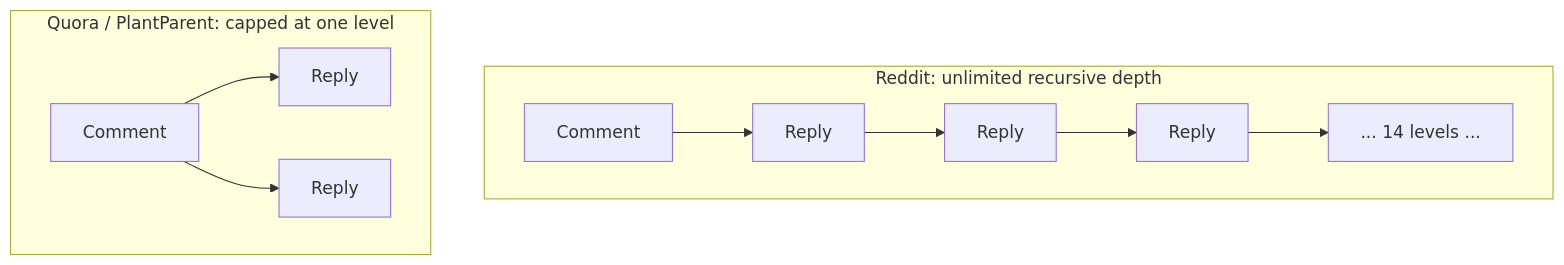
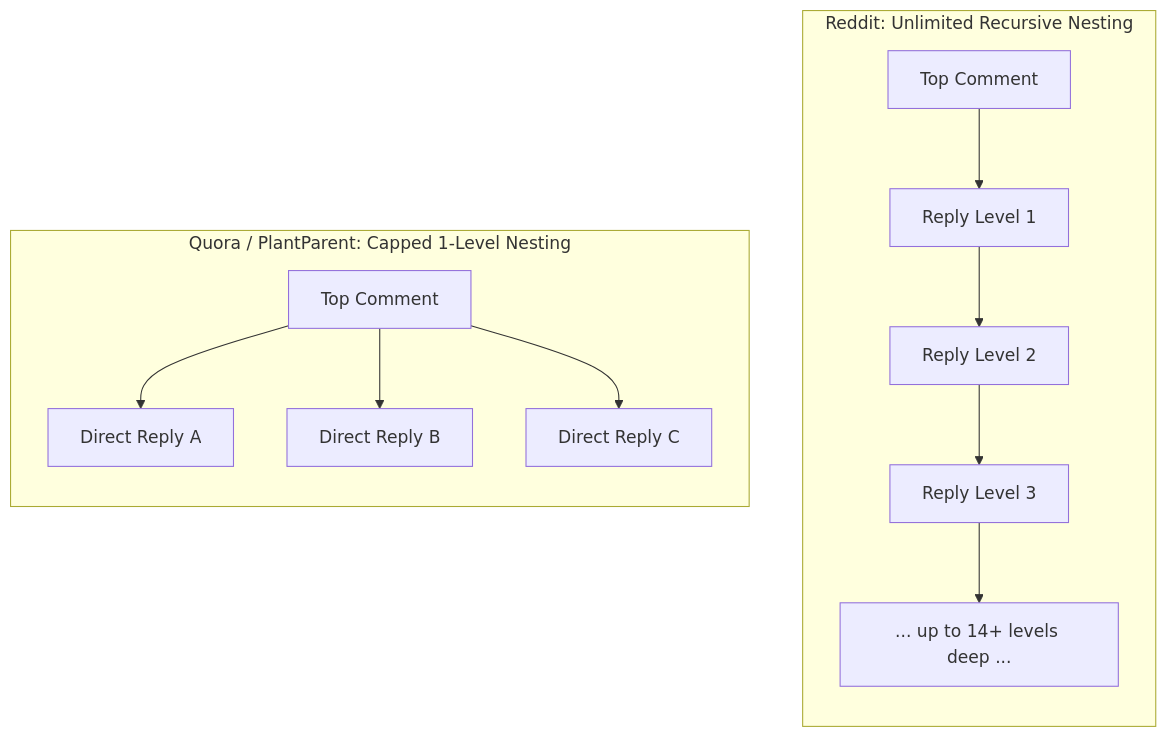
Before and after one commit to riyaz-pasha/Learnings: the seventh of 15 diagrams in system-design/HLD/0-course/27-Design Quora-FAANG-Guide-story.md, drawn with Mermaid. The commit also changed other lines of this file and 1 other file, not shown here.

Commit message:
docs: simplify language, expand examples, and fix mermaid diagrams in Quora guide

````diff
--- a/system-design/HLD/0-course/27-Design Quora-FAANG-Guide-story.md
+++ b/system-design/HLD/0-course/27-Design Quora-FAANG-Guide-story.md
@@ -178,10 +401,17 @@
 ```mermaid
 flowchart TD
-    subgraph Reddit["Reddit: unlimited recursive depth"]
-        A1[Comment] --> A2[Reply] --> A3[Reply] --> A4[Reply] --> A5["... 14 levels ..."]
+    subgraph Reddit["Reddit: Unlimited Recursive Nesting"]
+        direction TB
+        R_C1["Top Comment"] --> R_C2["Reply Level 1"]
+        R_C2 --> R_C3["Reply Level 2"]
+        R_C3 --> R_C4["Reply Level 3"]
+        R_C4 --> R_Dots["... up to 14+ levels deep ..."]
     end
-    subgraph PlantParent["Quora / PlantParent: capped at one level"]
-        B1[Comment] --> B2[Reply]
-        B1 --> B3[Reply]
+
+    subgraph PlantParent["Quora / PlantParent: Capped 1-Level Nesting"]
+        direction TB
+        P_C1["Top Comment"] --> P_R1["Direct Reply A"]
+        P_C1 --> P_R2["Direct Reply B"]
+        P_C1 --> P_R3["Direct Reply C"]
     end
 ```
````
